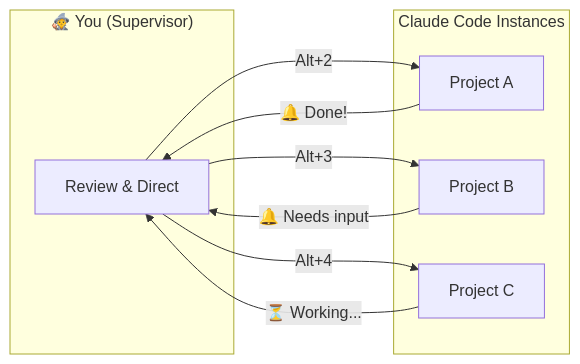
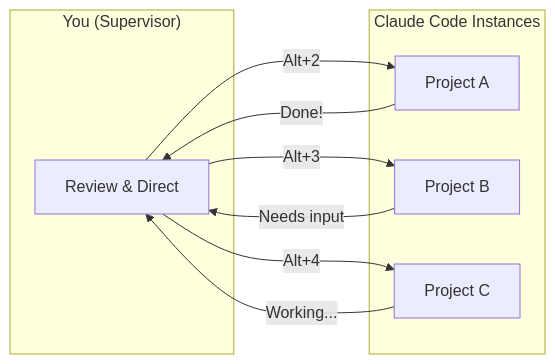
The diagram in README.md (tsilva/workflow-claude-supervisor), drawn with Mermaid before and after one commit. The commit also changed other lines of this file and 5 other files, not shown here.

````diff
--- a/README.md
+++ b/README.md
@@ -32,20 +31,20 @@
 ```mermaid
 graph LR
-    subgraph You["🧙 You (Supervisor)"]
+    subgraph You["You (Supervisor)"]
         Review["Review & Direct"]
     end
 
     subgraph Agents["Claude Code Instances"]
         A1["Project A"]
         A2["Project B"]
         A3["Project C"]
     end
 
     Review -->|"Alt+2"| A1
     Review -->|"Alt+3"| A2
     Review -->|"Alt+4"| A3
 
-    A1 -->|"🔔 Done!"| Review
-    A2 -->|"🔔 Needs input"| Review
-    A3 -->|"⏳ Working..."| Review
+    A1 -->|"Done!"| Review
+    A2 -->|"Needs input"| Review
+    A3 -->|"Working..."| Review
 ```
````
